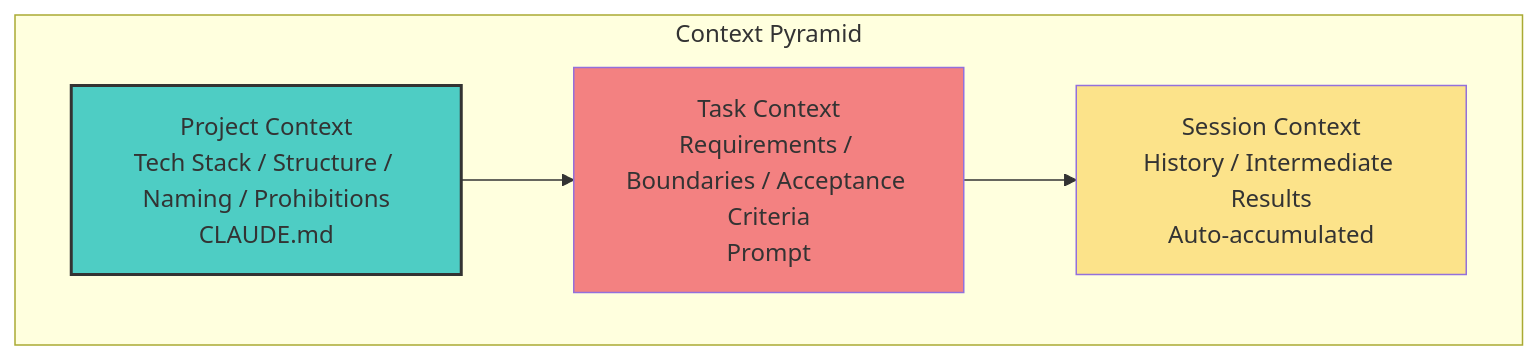
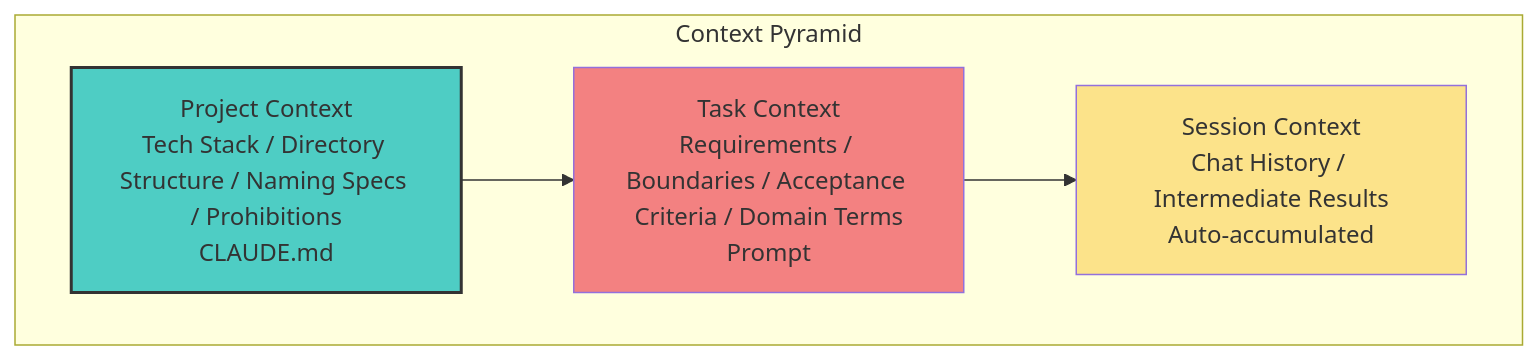
The second of 5 diagrams in content.en/posts/issue-94.md (ferstar/blog), drawn with Mermaid before and after one commit. The commit also changed other lines of this file, not shown here.

````diff
--- a/content.en/posts/issue-94.md
+++ b/content.en/posts/issue-94.md
@@ -101,14 +125,14 @@
 ```mermaid
 graph TB
     subgraph Context Pyramid
-        P["Project Context<br/>Tech Stack / Structure / Naming / Prohibitions<br/>CLAUDE.md"]
-        T["Task Context<br/>Requirements / Boundaries / Acceptance Criteria<br/>Prompt"]
-        S["Session Context<br/>History / Intermediate Results<br/>Auto-accumulated"]
+        P["Project Context<br/>Tech Stack / Directory Structure / Naming Specs / Prohibitions<br/>CLAUDE.md"]
+        T["Task Context<br/>Requirements / Boundaries / Acceptance Criteria / Domain Terms<br/>Prompt"]
+        S["Session Context<br/>Chat History / Intermediate Results<br/>Auto-accumulated"]
     end
 
     P --> T --> S
 
     style P fill:#4ecdc4,stroke:#333,stroke-width:2px
     style T fill:#f38181
     style S fill:#fce38a
 ```
````
